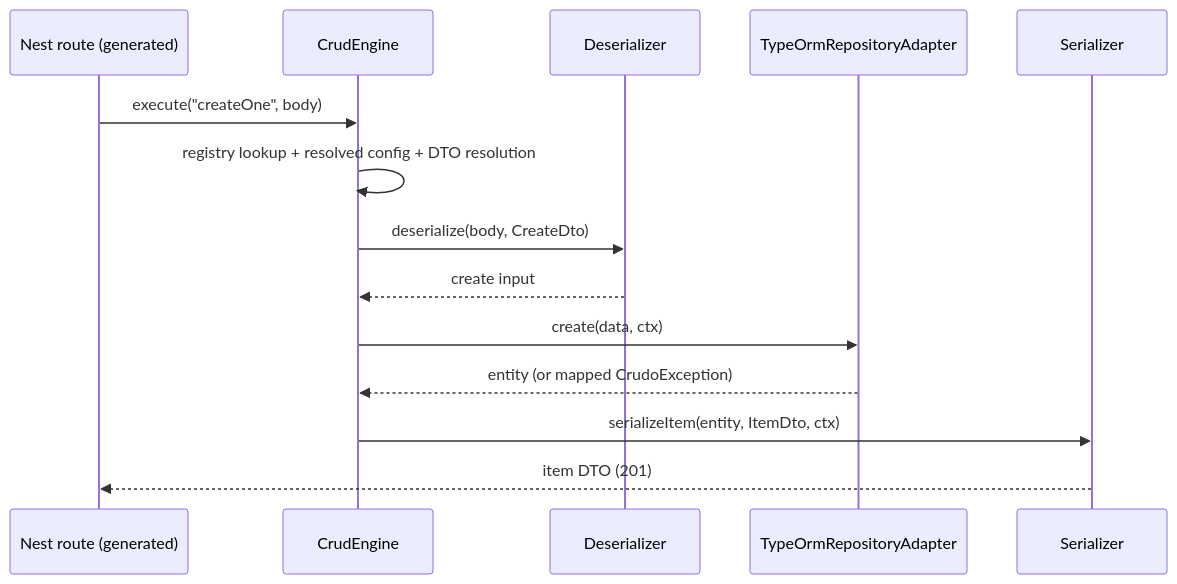
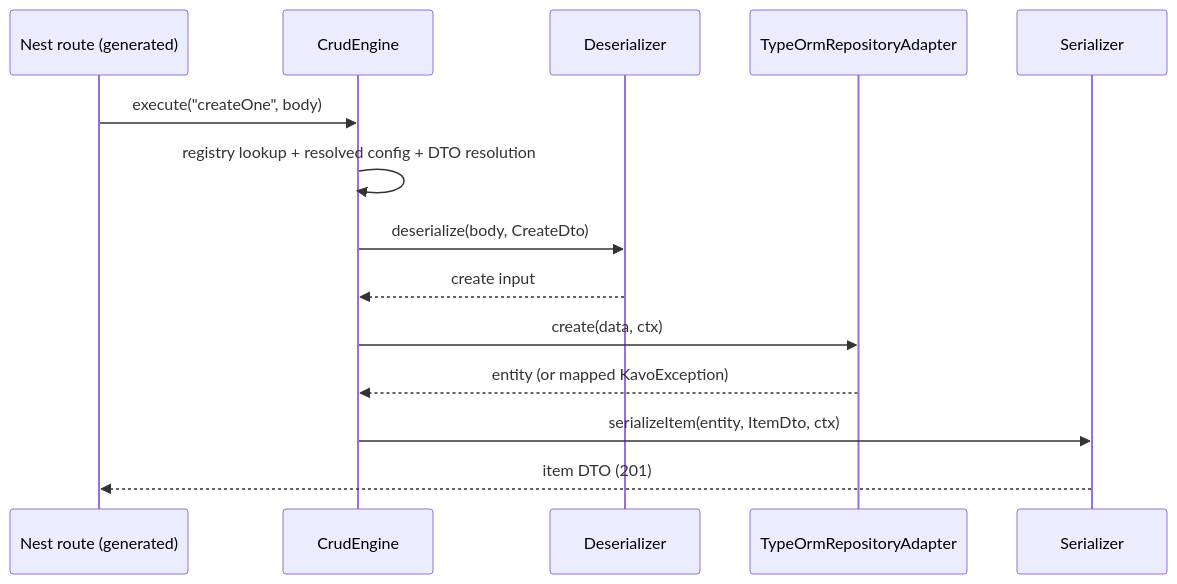
Before and after one commit to hosseinsalemi/crudo: the second of 5 diagrams in packages/docs/architecture/01-system-architecture.md, drawn with Mermaid. The commit also changed other lines of this file and 151 other files, not shown here.

First line of the commit message:
rename: crudo → kavo

````diff
--- a/packages/docs/architecture/01-system-architecture.md
+++ b/packages/docs/architecture/01-system-architecture.md
@@ -157,16 +157,16 @@
 ```mermaid
 sequenceDiagram
     participant C as Nest route (generated)
     participant E as CrudEngine
     participant D as Deserializer
     participant A as TypeOrmRepositoryAdapter
     participant S as Serializer
     C->>E: execute("createOne", body)
     E->>E: registry lookup + resolved config + DTO resolution
     E->>D: deserialize(body, CreateDto)
     D-->>E: create input
     E->>A: create(data, ctx)
-    A-->>E: entity (or mapped CrudoException)
+    A-->>E: entity (or mapped KavoException)
     E->>S: serializeItem(entity, ItemDto, ctx)
     S-->>C: item DTO (201)
 ```
````
